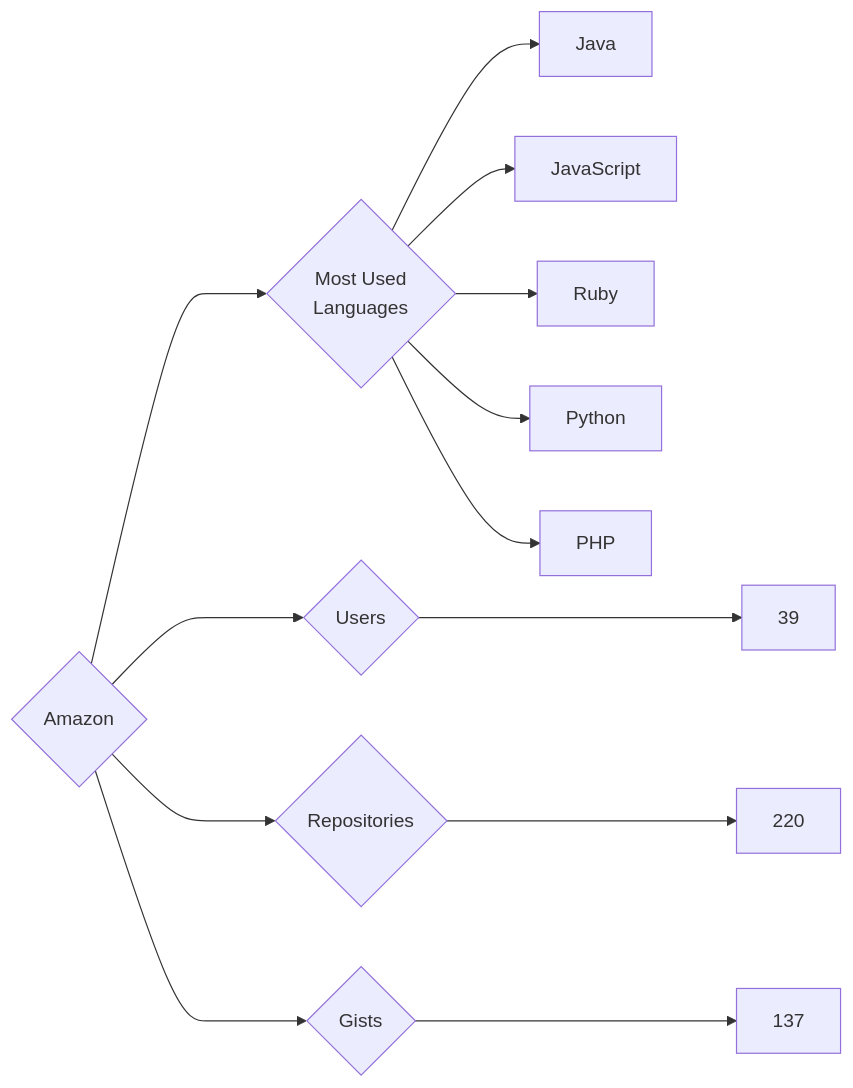
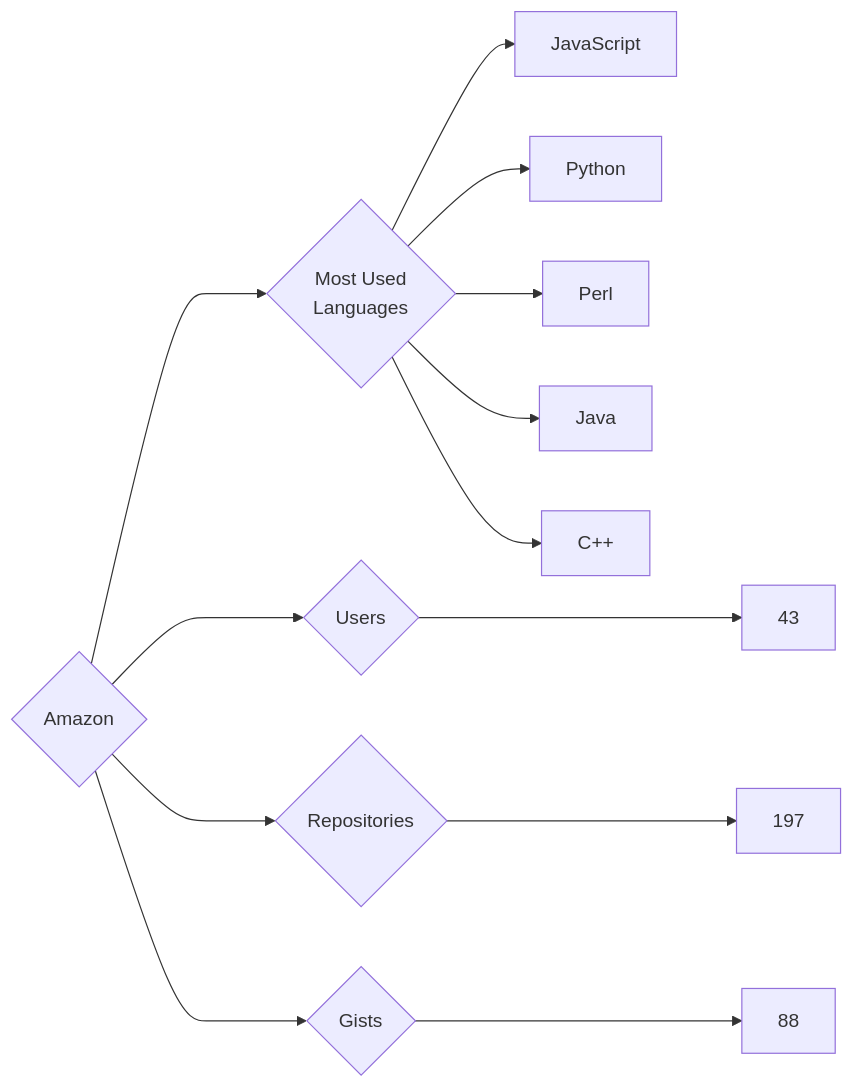
One commit to trickest/insiders changed the diagram in targets/Amazon/README.md. Above: the diagram before and after it, drawn with Mermaid. The commit also changed 924 other files, not shown here.

````diff
--- a/targets/Amazon/README.md
+++ b/targets/Amazon/README.md
@@ -3,13 +3,13 @@
 ```mermaid
 graph LR
 COMPANY_NAME{Amazon}
-COMPANY_NAME ---> U{Users} ---> UN[39]
-COMPANY_NAME ---> R{Repositories} ---> RN[220]
-COMPANY_NAME ---> G{Gists} ---> GN[137]
+COMPANY_NAME ---> U{Users} ---> UN[43]
+COMPANY_NAME ---> R{Repositories} ---> RN[197]
+COMPANY_NAME ---> G{Gists} ---> GN[88]
 COMPANY_NAME ---> ML{Most Used<br>Languages}
+ML --> JavaScript[JavaScript]
+ML --> Python[Python]
+ML --> Perl[Perl]
 ML --> Java[Java]
-ML --> JavaScript[JavaScript]
-ML --> Ruby[Ruby]
-ML --> Python[Python]
-ML --> PHP[PHP]
+ML --> C++[C++]
 ```
````
